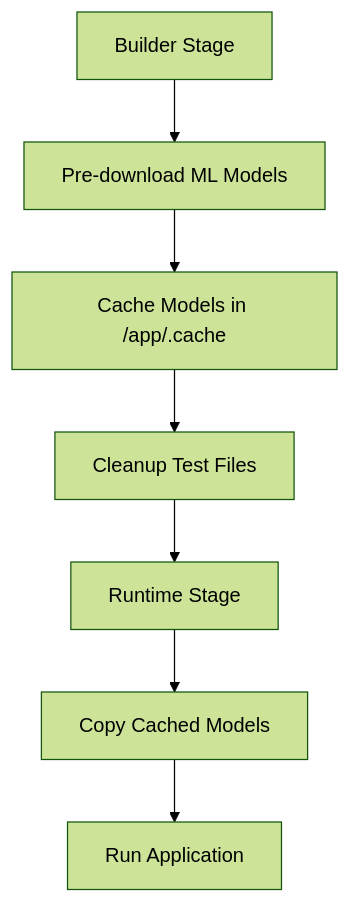
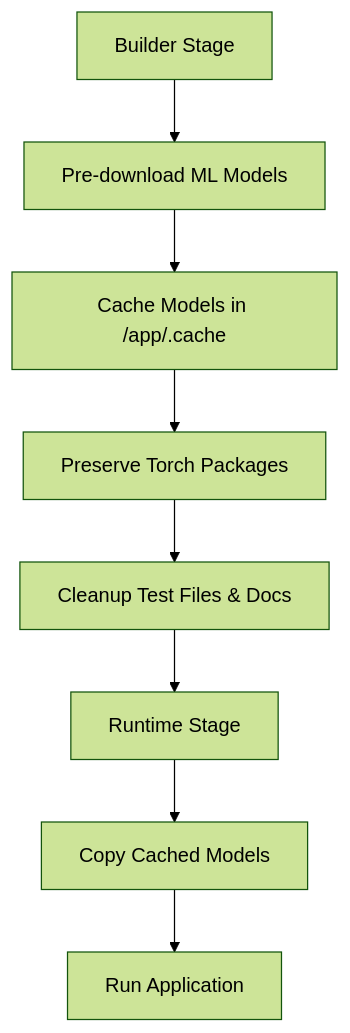
One commit to ognelis/cafetera_hr_bot changed diagram 16 of 19 in .qoder/repowiki/en/content/Document Management System.md. Above: the diagram before and after it, drawn with Mermaid (forest theme). The commit also changed other lines of this file and 69 other files, not shown here.

````diff
--- a/.qoder/repowiki/en/content/Document Management System.md
+++ b/.qoder/repowiki/en/content/Document Management System.md
@@ -469,9 +569,10 @@
 ```mermaid
 flowchart TD
 Builder["Builder Stage"] --> PreDownload["Pre-download ML Models"]
 PreDownload --> CacheModels["Cache Models in /app/.cache"]
-CacheModels --> Cleanup["Cleanup Test Files"]
+CacheModels --> PreservePackages["Preserve Torch Packages"]
+PreservePackages --> Cleanup["Cleanup Test Files & Docs"]
 Cleanup --> Runtime["Runtime Stage"]
 Runtime --> CopyCache["Copy Cached Models"]
 CopyCache --> RunApp["Run Application"]
 ```
````
